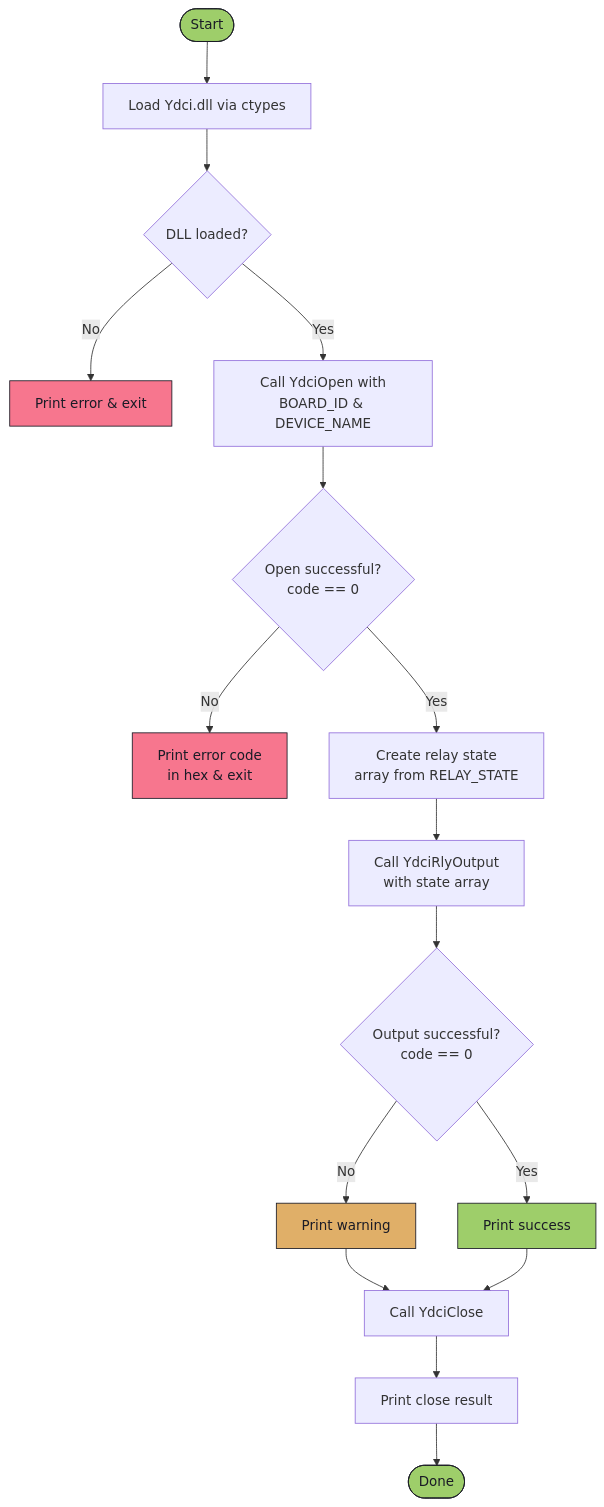
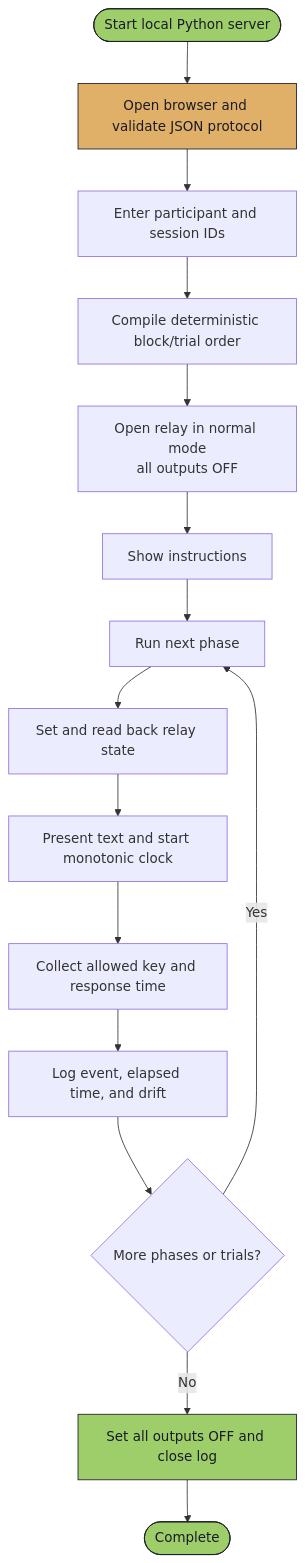
One commit to MarcoAlandAdinanda/PEBT_UGM changed the diagram in README.md. Above: the diagram before and after it, drawn with Mermaid. The commit also changed other lines of this file and 29 other files, not shown here.

````diff
--- a/README.md
+++ b/README.md
@@ -241,25 +463,22 @@
 ```mermaid
 flowchart TD
-    A([Start]) --> B[Load Ydci.dll via ctypes]
-    B --> C{DLL loaded?}
-    C -- No --> D[Print error & exit]
-    C -- Yes --> E[Call YdciOpen with\nBOARD_ID & DEVICE_NAME]
-    E --> F{Open successful?\ncode == 0}
-    F -- No --> G[Print error code\nin hex & exit]
-    F -- Yes --> H[Create relay state\narray from RELAY_STATE]
-    H --> I[Call YdciRlyOutput\nwith state array]
-    I --> J{Output successful?\ncode == 0}
-    J -- No --> K[Print warning]
-    J -- Yes --> L[Print success]
-    K --> M[Call YdciClose]
-    L --> M
-    M --> N[Print close result]
-    N --> O([Done])
+    A([Start local Python server]) --> B[Open browser and validate JSON protocol]
+    B --> C[Enter participant and session IDs]
+    C --> D[Compile deterministic block/trial order]
+    D --> E[Open relay in normal mode\nall outputs OFF]
+    E --> F[Show instructions]
+    F --> G[Run next phase]
+    G --> H[Set and read back relay state]
+    H --> I[Present text and start monotonic clock]
+    I --> J[Collect allowed key and response time]
+    J --> K[Log event, elapsed time, and drift]
+    K --> L{More phases or trials?}
+    L -- Yes --> G
+    L -- No --> M[Set all outputs OFF and close log]
+    M --> N([Complete])
 
     style A fill:#9ece6a,stroke:#1a1b26,color:#1a1b26
-    style O fill:#9ece6a,stroke:#1a1b26,color:#1a1b26
-    style D fill:#f7768e,stroke:#1a1b26,color:#1a1b26
-    style G fill:#f7768e,stroke:#1a1b26,color:#1a1b26
-    style K fill:#e0af68,stroke:#1a1b26,color:#1a1b26
-    style L fill:#9ece6a,stroke:#1a1b26,color:#1a1b26
+    style N fill:#9ece6a,stroke:#1a1b26,color:#1a1b26
+    style B fill:#e0af68,stroke:#1a1b26,color:#1a1b26
+    style M fill:#9ece6a,stroke:#1a1b26,color:#1a1b26
 ```
````
